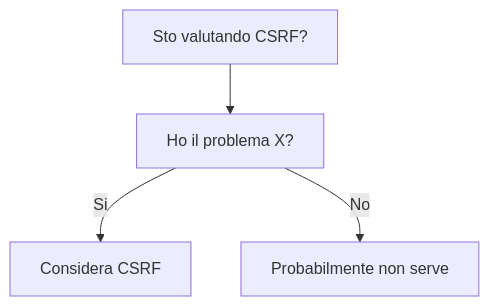
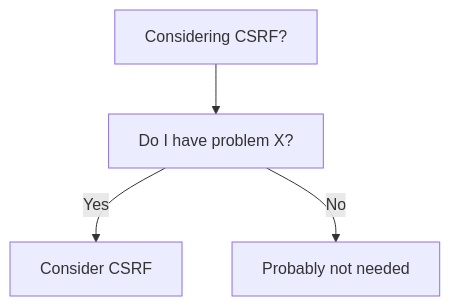
One commit to HxT9/Software-Dev-Wiki changed the diagram in dev-wiki/08_Security/CSRF/When_To_Use.md. Above: the diagram before and after it, drawn with Mermaid. The commit also changed other lines of this file and 3444 other files, not shown here.

````diff
--- a/dev-wiki/08_Security/CSRF/When_To_Use.md
+++ b/dev-wiki/08_Security/CSRF/When_To_Use.md
@@ -19,6 +19,6 @@
 ```mermaid
 flowchart TD
-  Q[Sto valutando CSRF?] --> Q1[Ho il problema X?]
-  Q1 -->|Si| OK[Considera CSRF]
-  Q1 -->|No| NO[Probabilmente non serve]
+  Q[Considering CSRF?] --> Q1[Do I have problem X?]
+  Q1 -->|Yes| OK[Consider CSRF]
+  Q1 -->|No| NO[Probably not needed]
 ```
````
